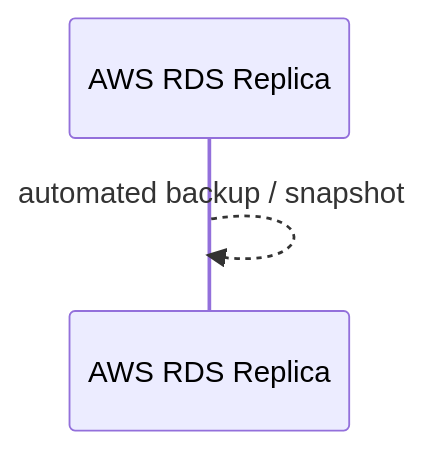
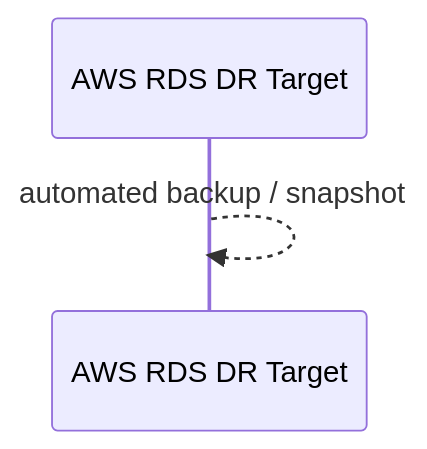
One commit to KOSA-Team-Snow/Docs changed the fourth of 8 diagrams in database-backup-monitoring/데이터베이스-백업-모니터링-구조-설계도.md. Above: the diagram before and after it, drawn with Mermaid. The commit also changed other lines of this file, not shown here.

````diff
--- a/database-backup-monitoring/데이터베이스-백업-모니터링-구조-설계도.md
+++ b/database-backup-monitoring/데이터베이스-백업-모니터링-구조-설계도.md
@@ -179,5 +183,5 @@
 ```mermaid
 sequenceDiagram
-    participant RDS as AWS RDS Replica
+    participant RDS as AWS RDS DR Target
     RDS-->>RDS: automated backup / snapshot
 ```
````
